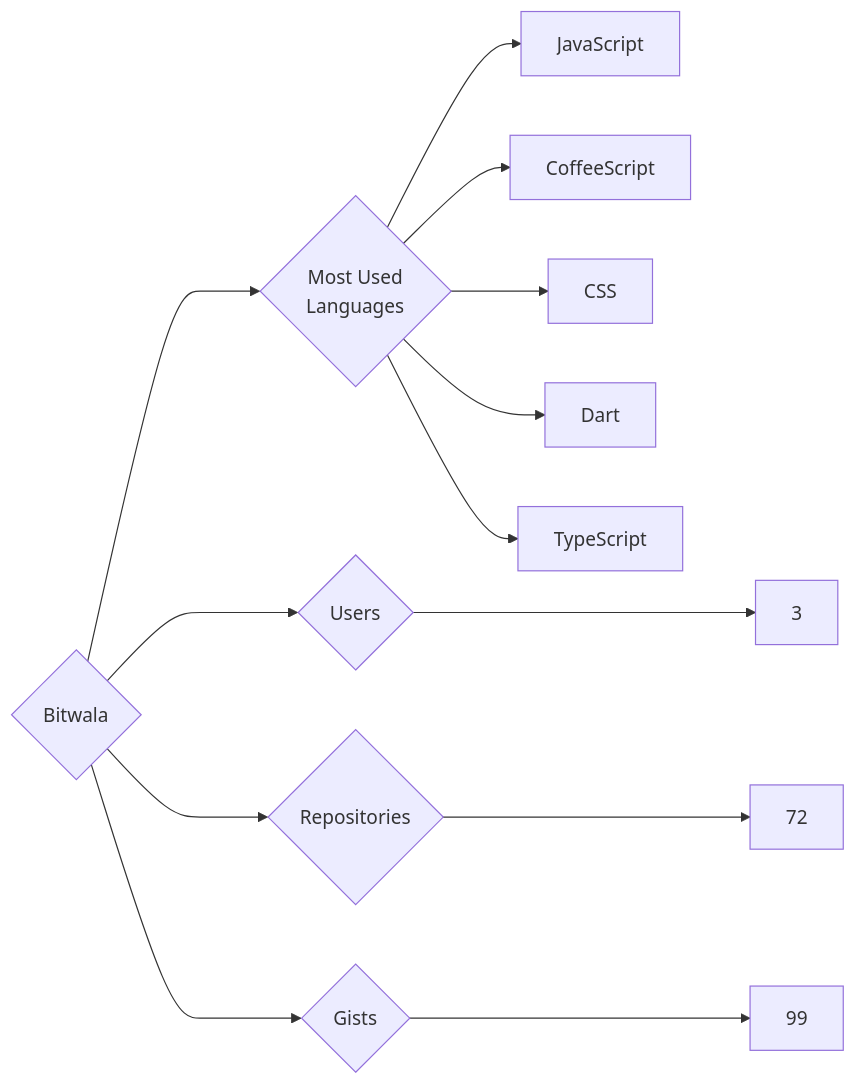
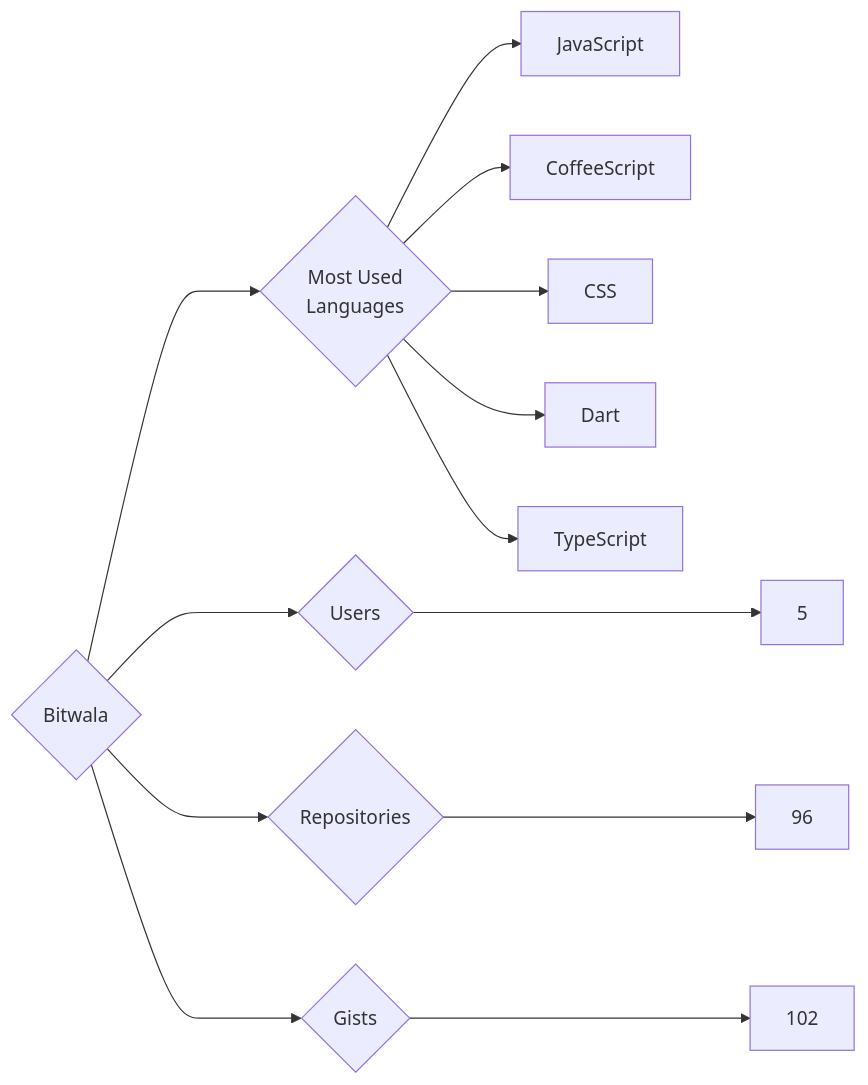
Before and after one commit to trickest/insiders: the diagram in targets/Bitwala/README.md, drawn with Mermaid. The commit also changed 640 other files, not shown here.

````diff
--- a/targets/Bitwala/README.md
+++ b/targets/Bitwala/README.md
@@ -3,13 +3,13 @@
 ```mermaid
 graph LR
 COMPANY_NAME{Bitwala}
-COMPANY_NAME ---> U{Users} ---> UN[3]
-COMPANY_NAME ---> R{Repositories} ---> RN[72]
-COMPANY_NAME ---> G{Gists} ---> GN[99]
+COMPANY_NAME ---> U{Users} ---> UN[5]
+COMPANY_NAME ---> R{Repositories} ---> RN[96]
+COMPANY_NAME ---> G{Gists} ---> GN[102]
 COMPANY_NAME ---> ML{Most Used<br>Languages}
 ML --> JavaScript[JavaScript]
 ML --> CoffeeScript[CoffeeScript]
 ML --> CSS[CSS]
 ML --> Dart[Dart]
 ML --> TypeScript[TypeScript]
 ```
````
